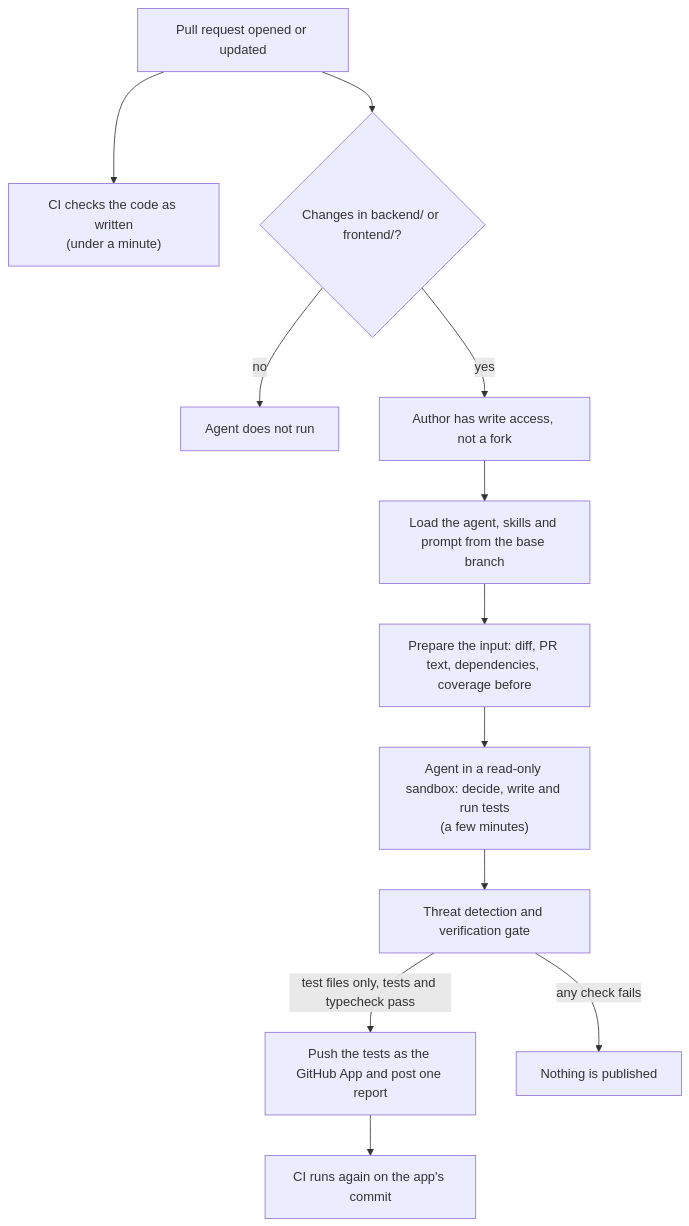
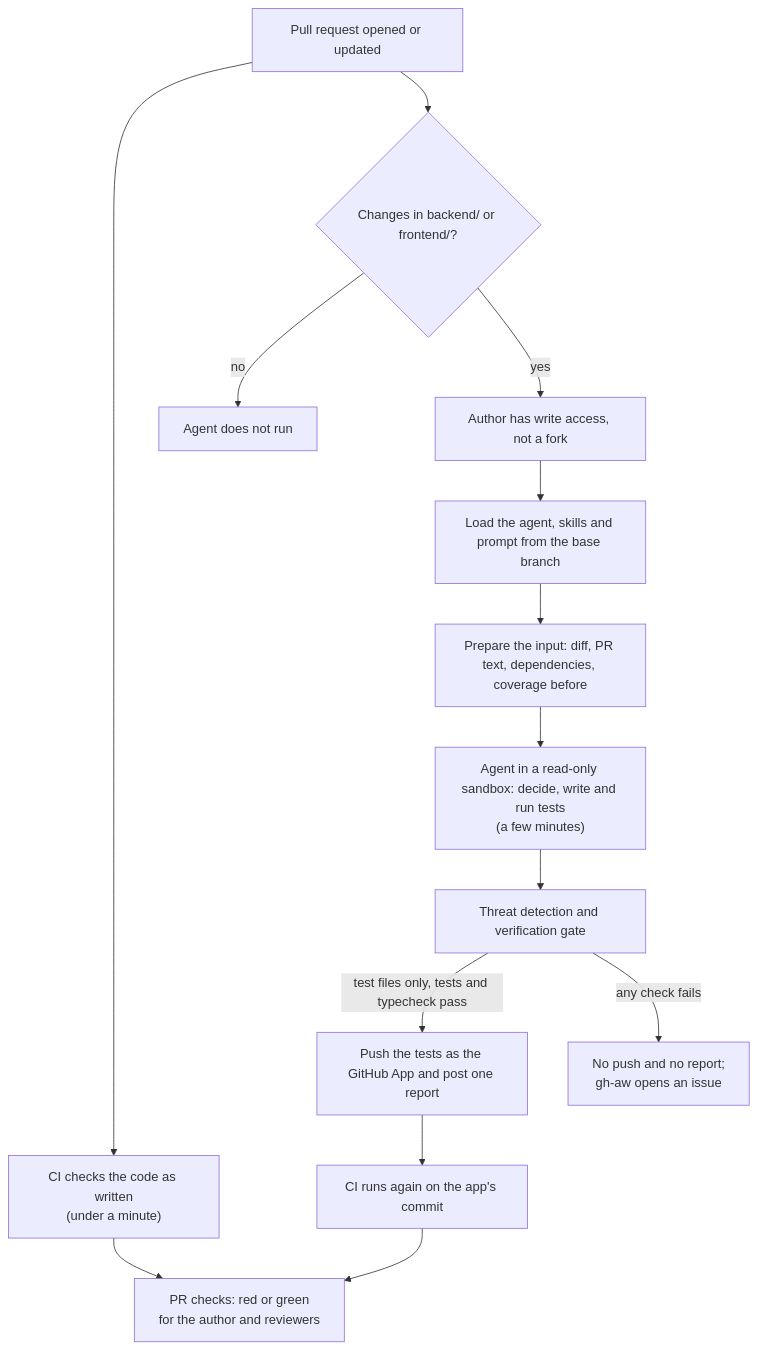
Before and after one commit to veraokhrimenko/taskly-unit-test-agent: the first of 2 diagrams in SOLUTION.md, drawn with Mermaid. The commit also changed other lines of this file, not shown here.

````diff
--- a/SOLUTION.md
+++ b/SOLUTION.md
@@ -75,14 +75,16 @@
 ```mermaid
 flowchart TD
     PR["Pull request opened or updated"] --> CI["CI checks the code as written<br/>(under a minute)"]
     PR --> F{"Changes in backend/ or frontend/?"}
     F -- no --> N["Agent does not run"]
     F -- yes --> A["Author has write access, not a fork"]
     A --> B["Load the agent, skills and prompt from the base branch"]
     B --> P["Prepare the input: diff, PR text, dependencies, coverage before"]
     P --> G["Agent in a read-only sandbox: decide, write and run tests<br/>(a few minutes)"]
     G --> D["Threat detection and verification gate"]
     D -- "test files only, tests and typecheck pass" --> S["Push the tests as the GitHub App and post one report"]
-    D -- "any check fails" --> X["Nothing is published"]
+    D -- "any check fails" --> X["No push and no report;<br/>gh-aw opens an issue"]
     S --> CI2["CI runs again on the app's commit"]
+    CI --> R["PR checks: red or green<br/>for the author and reviewers"]
+    CI2 --> R
 ```
````
